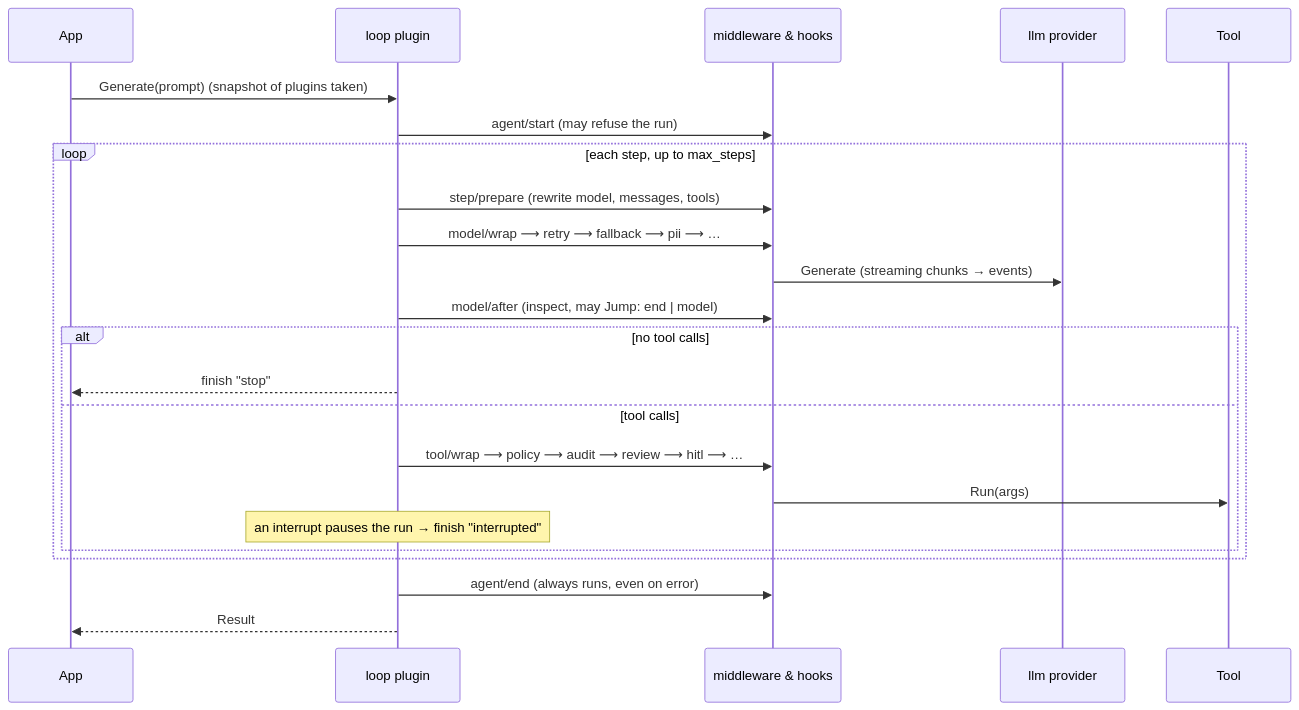
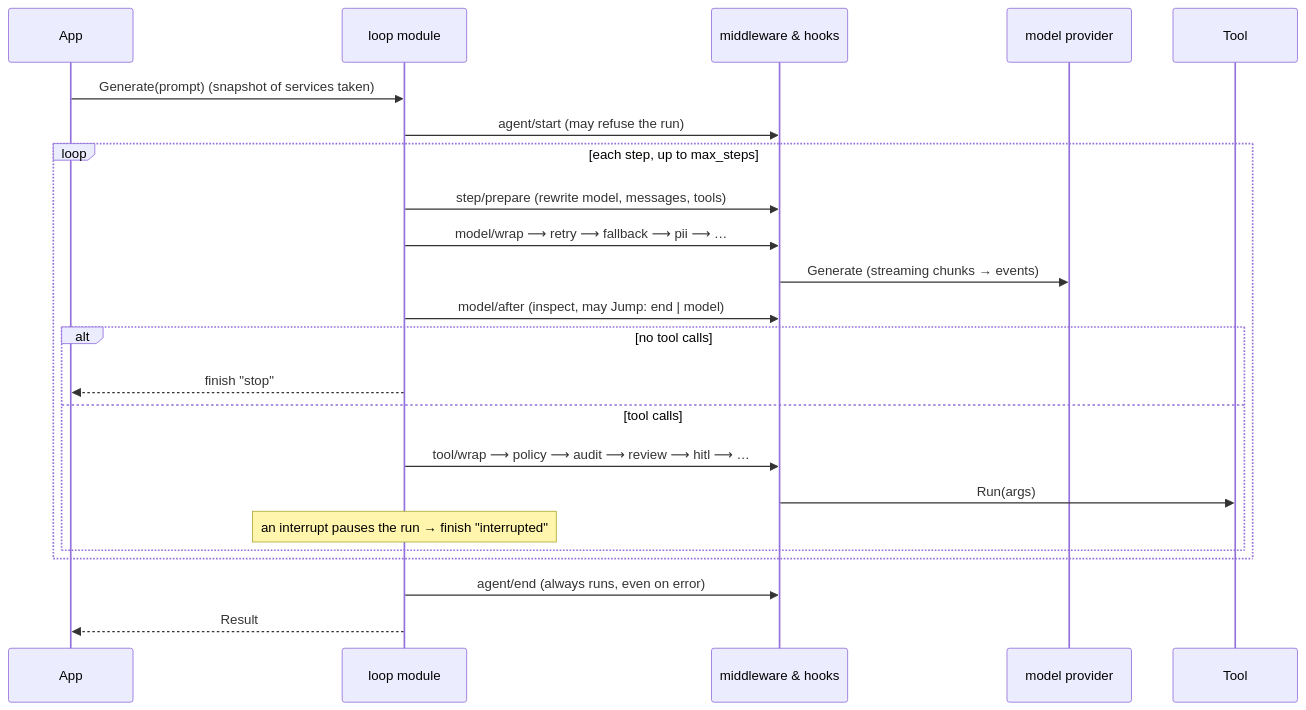
One commit to ganeshdipdumbare/eipagent changed the second of 4 diagrams in README.md. Above: the diagram before and after it, drawn with Mermaid. The commit also changed other lines of this file and 313 other files, not shown here.

````diff
--- a/README.md
+++ b/README.md
@@ -423,25 +446,25 @@
 ```mermaid
 sequenceDiagram
     participant App
-    participant Runner as loop plugin
+    participant Runner as loop module
     participant Hooks as middleware & hooks
-    participant LLM as llm provider
+    participant LLM as model provider
     participant Tool
-    App->>Runner: Generate(prompt) (snapshot of plugins taken)
+    App->>Runner: Generate(prompt) (snapshot of services taken)
     Runner->>Hooks: agent/start  (may refuse the run)
     loop each step, up to max_steps
         Runner->>Hooks: step/prepare (rewrite model, messages, tools)
         Runner->>Hooks: model/wrap ⟶ retry ⟶ fallback ⟶ pii ⟶ …
         Hooks->>LLM: Generate (streaming chunks → events)
         Runner->>Hooks: model/after (inspect, may Jump: end | model)
         alt no tool calls
             Runner-->>App: finish "stop"
         else tool calls
             Runner->>Hooks: tool/wrap ⟶ policy ⟶ audit ⟶ review ⟶ hitl ⟶ …
             Hooks->>Tool: Run(args)
             Note over Runner: an interrupt pauses the run → finish "interrupted"
         end
     end
     Runner->>Hooks: agent/end (always runs, even on error)
     Runner-->>App: Result
 ```
````
